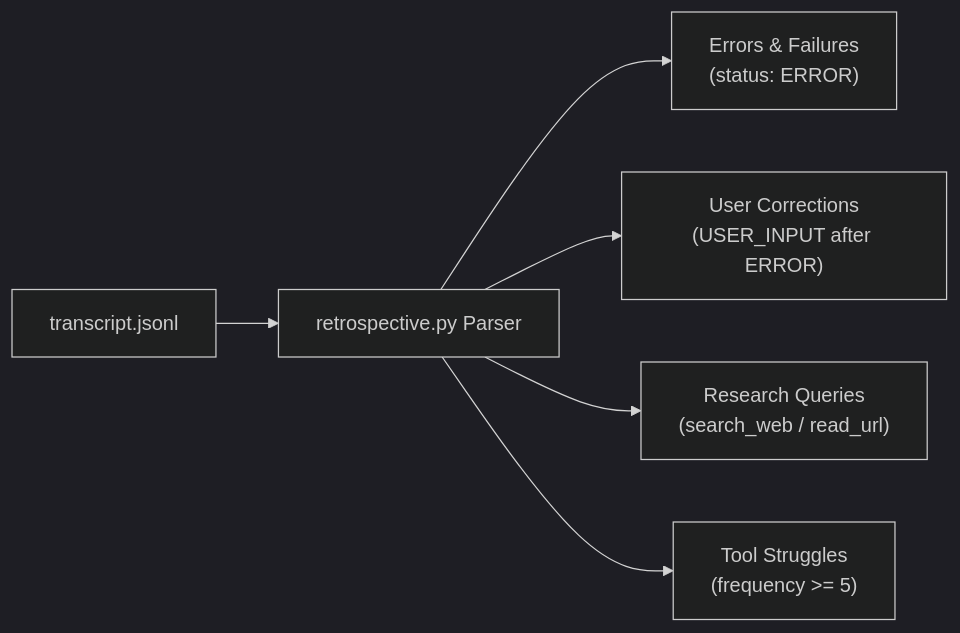
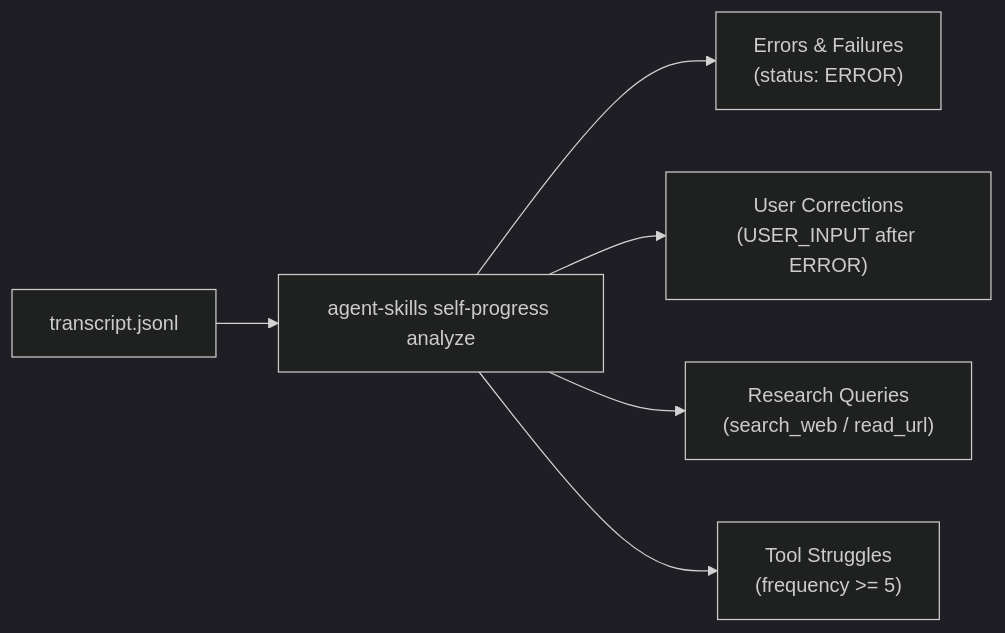
One commit to louis-pvs/agent-skills changed the diagram in skills/self-progress/references/overview.md. Above: the diagram before and after it, drawn with Mermaid (dark theme). The commit also changed other lines of this file and 31 other files, not shown here.

````diff
--- a/skills/self-progress/references/overview.md
+++ b/skills/self-progress/references/overview.md
@@ -11,8 +11,8 @@
 ```mermaid
 flowchart LR
-    Log["transcript.jsonl"] --> P["retrospective.py Parser"]
+    Log["transcript.jsonl"] --> P["agent-skills self-progress analyze"]
     P --> E["Errors & Failures\n(status: ERROR)"]
     P --> C["User Corrections\n(USER_INPUT after ERROR)"]
     P --> R["Research Queries\n(search_web / read_url)"]
     P --> S["Tool Struggles\n(frequency >= 5)"]
 ```
````
